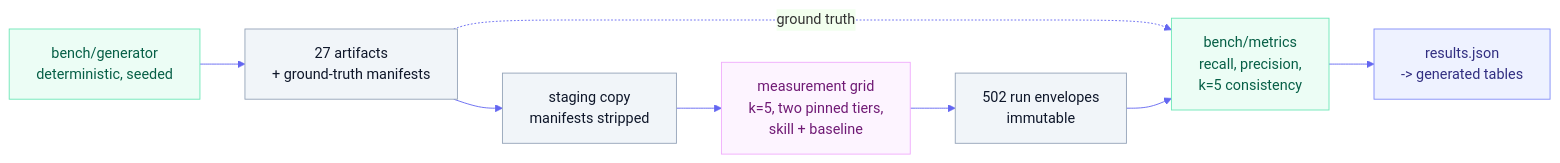
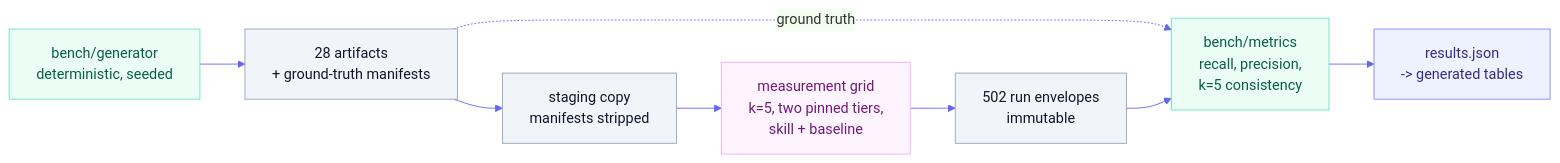
The diagram in docs/explanation/architecture-detail.md (product-on-purpose/critique-skills), drawn with Mermaid before and after one commit. The commit also changed other lines of this file and 61 other files, not shown here.

````diff
--- a/docs/explanation/architecture-detail.md
+++ b/docs/explanation/architecture-detail.md
@@ -103,16 +103,16 @@
 ```mermaid
 %%{init: {'theme':'base','themeVariables':{'primaryColor':'#eef2ff','primaryBorderColor':'#c7d2fe','lineColor':'#6366f1','fontFamily':'system-ui, sans-serif'}}}%%
 flowchart LR
-  gen["bench/generator<br/>deterministic, seeded"]:::det --> corpus["27 artifacts<br/>+ ground-truth manifests"]:::data
+  gen["bench/generator<br/>deterministic, seeded"]:::det --> corpus["28 artifacts<br/>+ ground-truth manifests"]:::data
   corpus --> staging["staging copy<br/>manifests stripped"]:::data
   staging --> runs["measurement grid<br/>k=5, two pinned tiers,<br/>skill + baseline"]:::run
   runs --> env["502 run envelopes<br/>immutable"]:::data
   corpus -.ground truth.-> score["bench/metrics<br/>recall, precision,<br/>k=5 consistency"]:::det
   env --> score
   score --> results["results.json<br/>-> generated tables"]:::out
 
   classDef det fill:#ecfdf5,stroke:#6ee7b7,color:#065f46
   classDef data fill:#f1f5f9,stroke:#94a3b8,color:#0f172a
   classDef run fill:#fdf4ff,stroke:#f0abfc,color:#701a75
   classDef out fill:#eef2ff,stroke:#818cf8,color:#312e81
 ```
````
